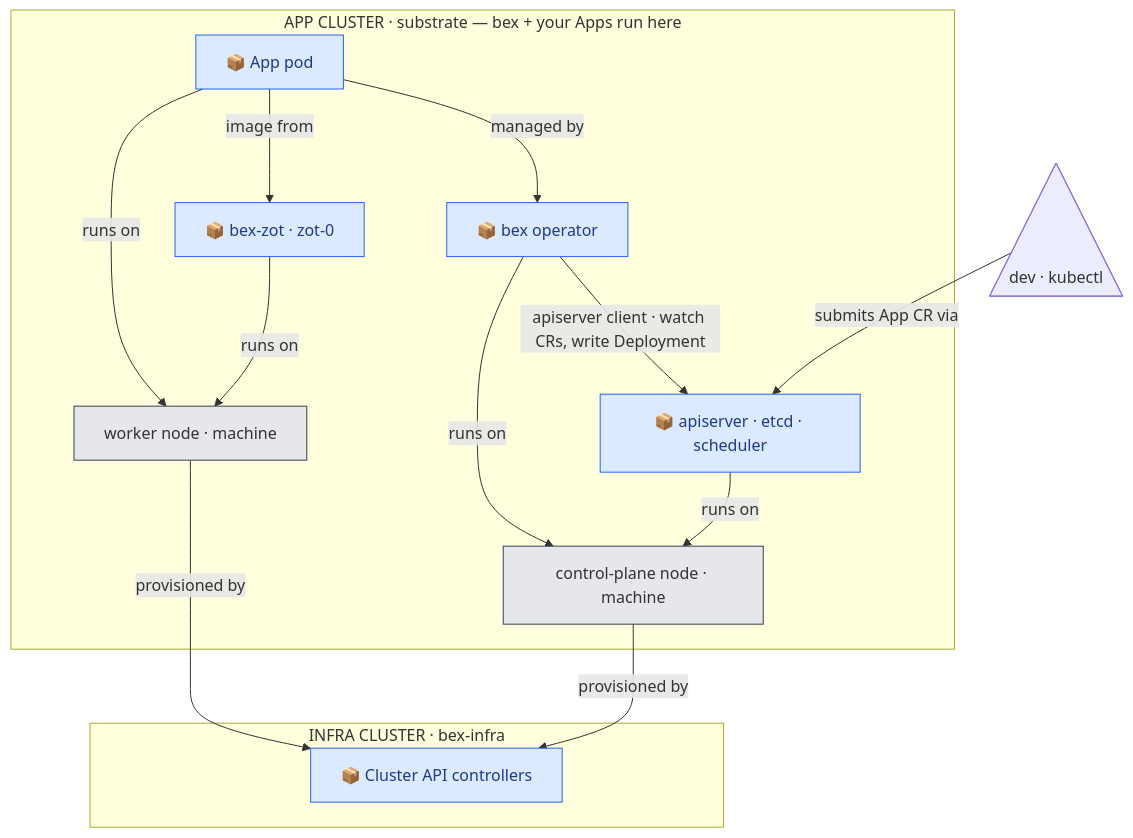
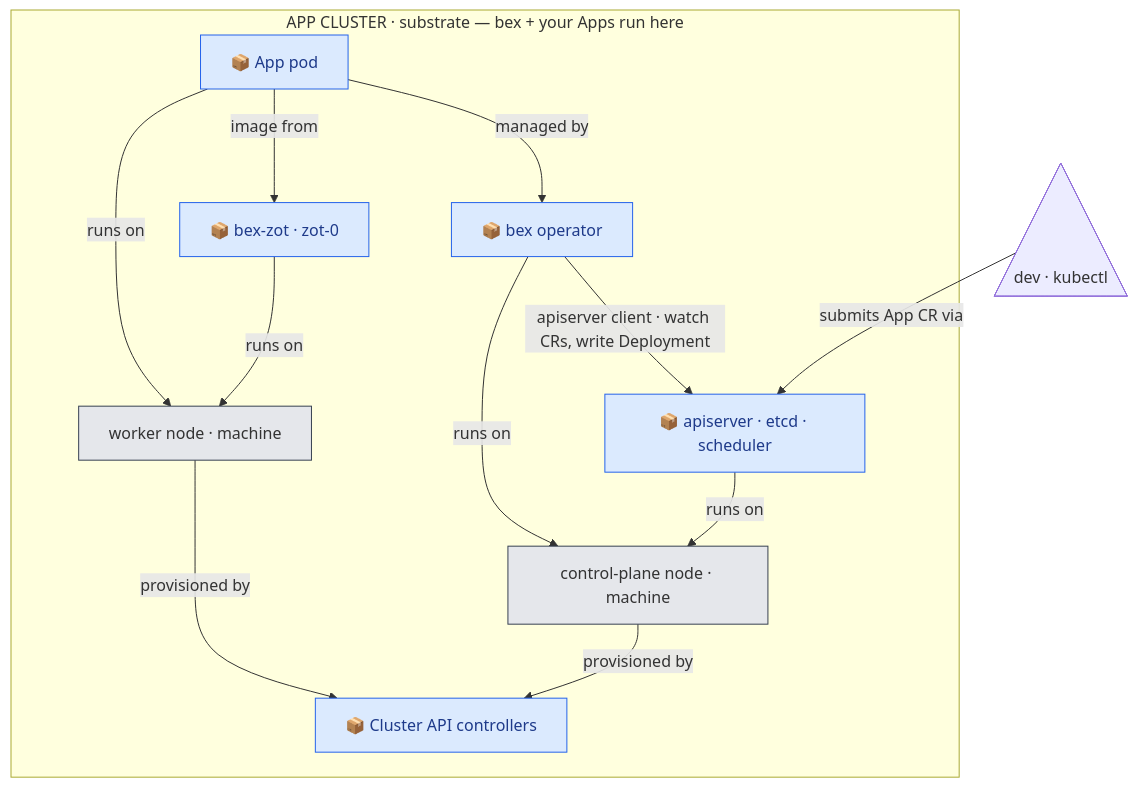
One commit to cuckoo-network/cuckoo changed the first of 2 diagrams in docs/architecture.md. Above: the diagram before and after it, drawn with Mermaid. The commit also changed other lines of this file, not shown here.

Commit message:
docs(architecture): one self-managed cluster + disposable bootstrap (m19.1 t004)

````diff
--- a/docs/architecture.md
+++ b/docs/architecture.md
@@ -7,31 +7,29 @@
 ```mermaid
 %% arrow  A --> B  means  "A depends on B"  (points to what it needs)
 flowchart TB
   dev@{ shape: tri, label: "dev · kubectl" }
   subgraph app["APP CLUSTER · substrate — bex + your Apps run here"]
     api["📦 apiserver · etcd · scheduler"]
     op["📦 bex operator"]
     apppod["📦 App pod"]
     zot["📦 bex-zot · zot-0"]
+    capi["📦 Cluster API controllers"]
     cpnode["control-plane node · machine"]
     wnode["worker node · machine"]
-  end
-  subgraph infra["INFRA CLUSTER · bex-infra"]
-    capi["📦 Cluster API controllers"]
   end
   dev -->|"submits App CR via"| api
   op -->|"apiserver client · watch CRs, write Deployment"| api
   apppod -->|"managed by"| op
   apppod -->|"image from"| zot
   apppod -->|"runs on"| wnode
   zot -->|"runs on"| wnode
   api -->|"runs on"| cpnode
   op -->|"runs on"| cpnode
   wnode -->|"provisioned by"| capi
   cpnode -->|"provisioned by"| capi
 
   classDef pod fill:#dbeafe,stroke:#2563eb,color:#1e3a8a
   classDef machine fill:#e5e7eb,stroke:#374151
   class api,op,apppod,zot,capi pod
   class cpnode,wnode machine
 ```
````
